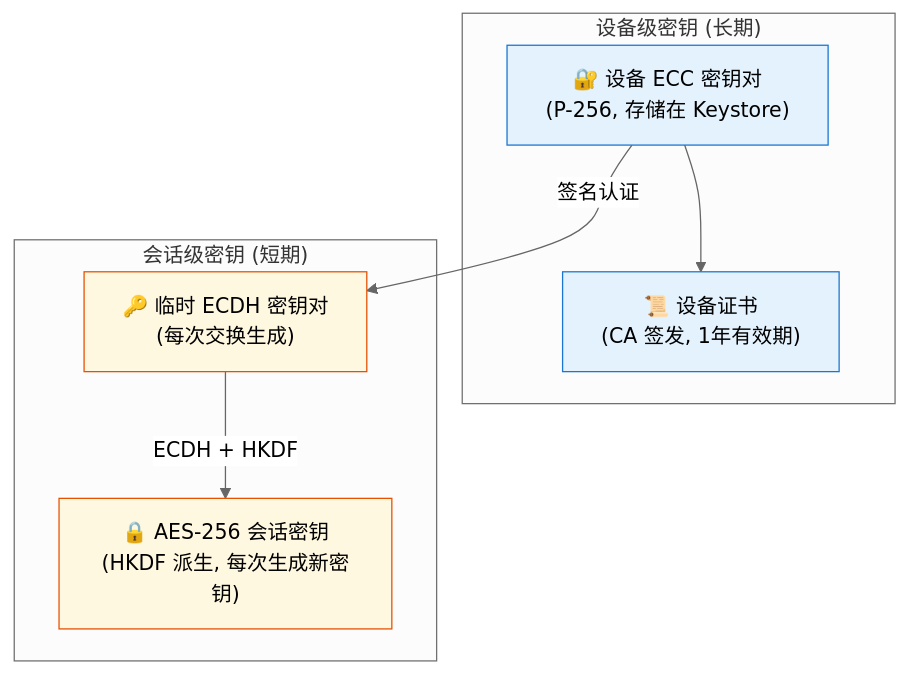
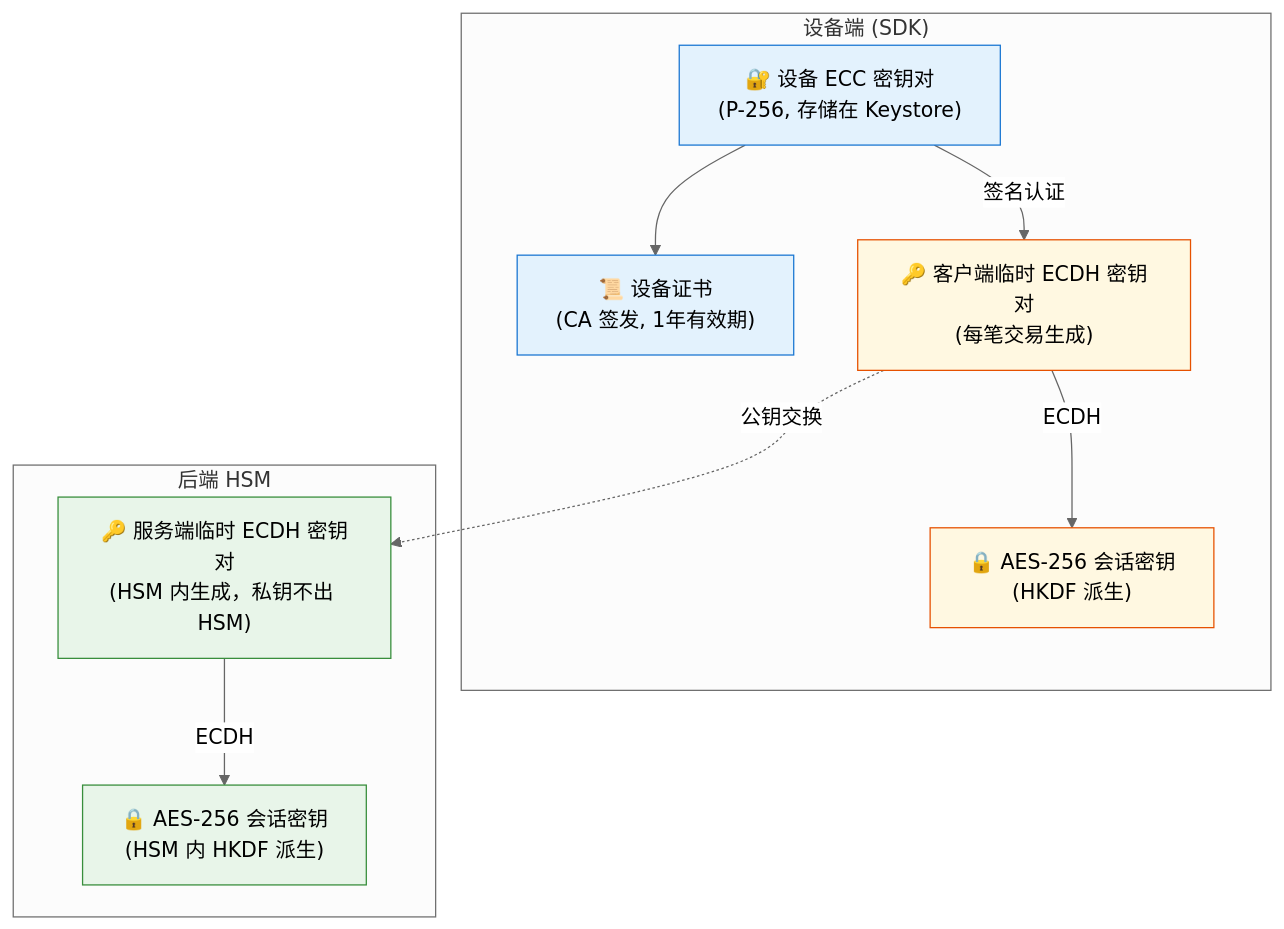
Diagram 12 of 21 in solution/MPOC_SDK_API_GUIDE.md (kevinwangl/sunbay-softpos-docs), drawn with Mermaid (neutral theme) before and after one commit. The commit also changed other lines of this file, not shown here.

````diff
--- a/solution/MPOC_SDK_API_GUIDE.md
+++ b/solution/MPOC_SDK_API_GUIDE.md
@@ -1230,21 +921,28 @@
 ```mermaid
 graph TB
-    subgraph "设备级密钥 (长期)"
+    subgraph "设备端 (SDK)"
         DevKey["🔐 设备 ECC 密钥对<br/>(P-256, 存储在 Keystore)"]
         DevCert["📜 设备证书<br/>(CA 签发, 1年有效期)"]
+        EphKeyClient["🔑 客户端临时 ECDH 密钥对<br/>(每笔交易生成)"]
+        SessionKeyClient["🔒 AES-256 会话密钥<br/>(HKDF 派生)"]
     end
     
-    subgraph "会话级密钥 (短期)"
-        EphKey["🔑 临时 ECDH 密钥对<br/>(每次交换生成)"]
-        SessionKey["🔒 AES-256 会话密钥<br/>(HKDF 派生, 每次生成新密钥)"]
+    subgraph "后端 HSM"
+        EphKeyServer["🔑 服务端临时 ECDH 密钥对<br/>(HSM 内生成，私钥不出 HSM)"]
+        SessionKeyServer["🔒 AES-256 会话密钥<br/>(HSM 内 HKDF 派生)"]
     end
     
     DevKey --> DevCert
-    DevKey -->|签名认证| EphKey
-    EphKey -->|ECDH + HKDF| SessionKey
+    DevKey -->|签名认证| EphKeyClient
+    EphKeyClient -->|ECDH| SessionKeyClient
+    EphKeyServer -->|ECDH| SessionKeyServer
+    
+    EphKeyClient -.->|公钥交换| EphKeyServer
     
     style DevKey fill:#e3f2fd,stroke:#1976d2
     style DevCert fill:#e3f2fd,stroke:#1976d2
-    style EphKey fill:#fff8e1,stroke:#e65100
-    style SessionKey fill:#fff8e1,stroke:#e65100
+    style EphKeyClient fill:#fff8e1,stroke:#e65100
+    style SessionKeyClient fill:#fff8e1,stroke:#e65100
+    style EphKeyServer fill:#e8f5e9,stroke:#388e3c
+    style SessionKeyServer fill:#e8f5e9,stroke:#388e3c
 ```
````
